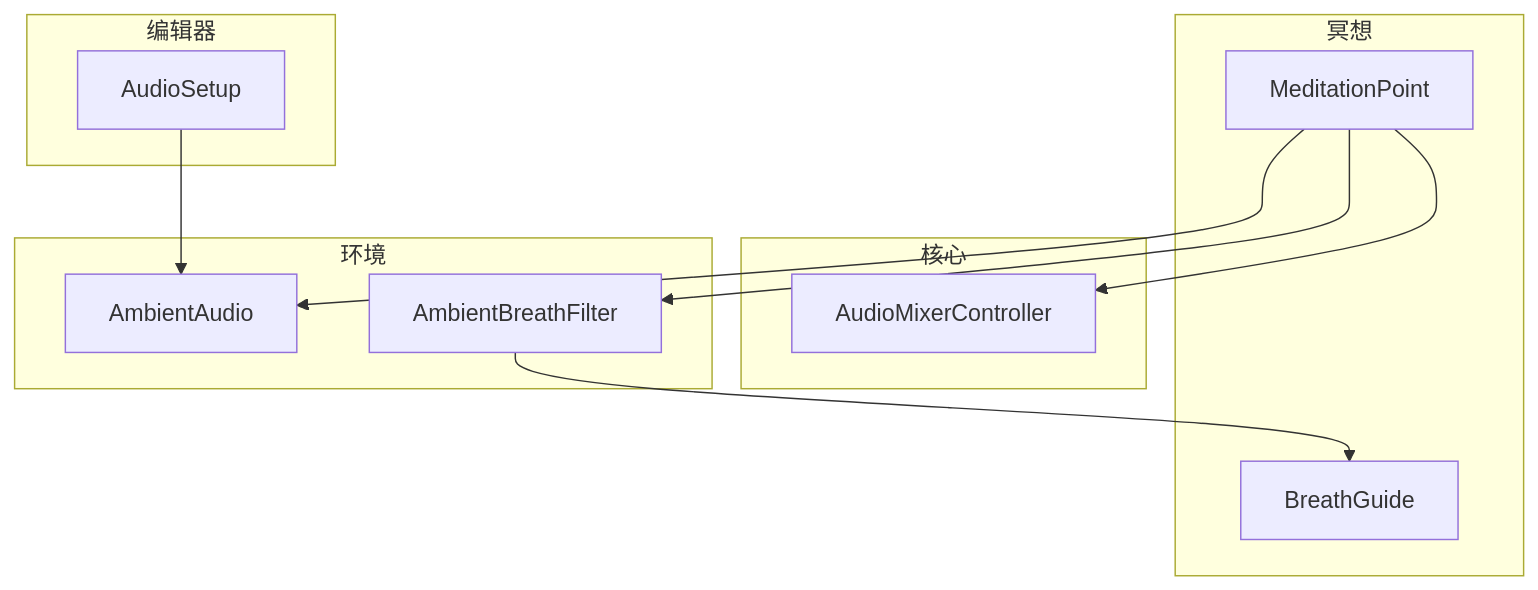
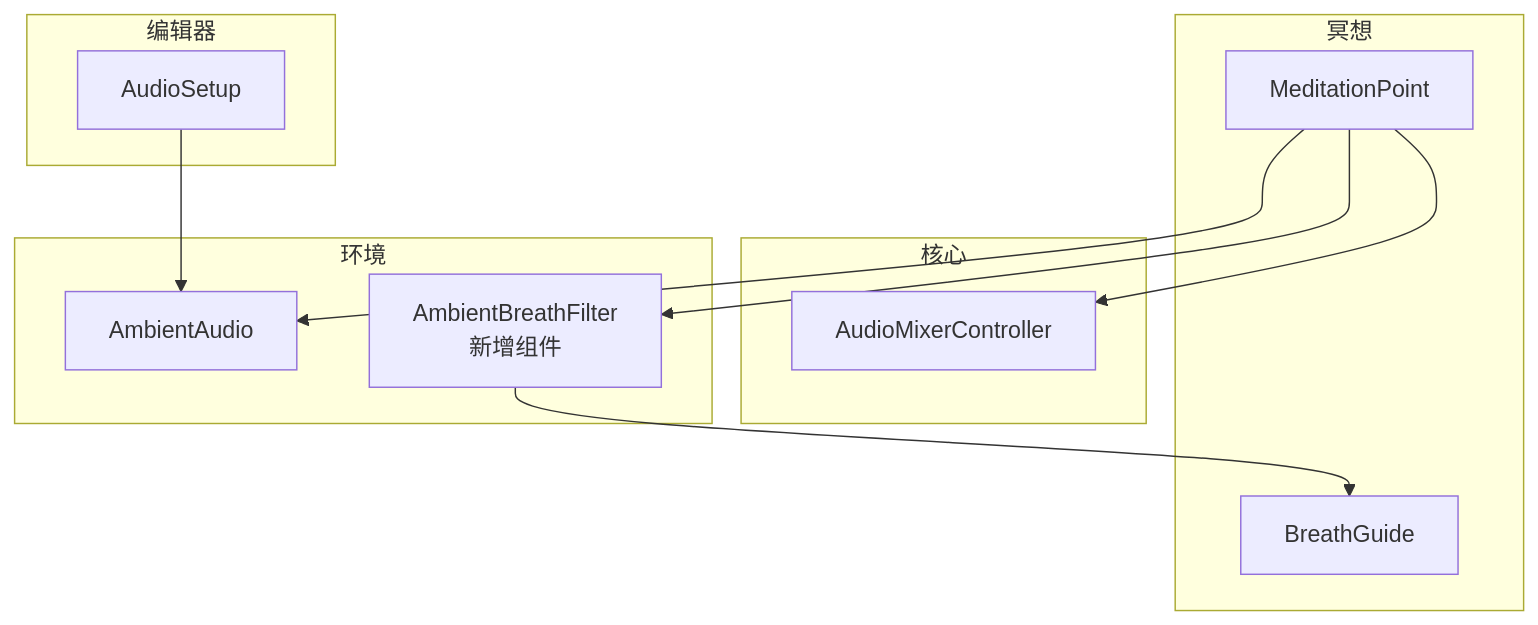
One commit to cpufreestyle/InkRidge changed the first of 5 diagrams in .qoder/repowiki/zh/content/音频系统/环境音效管理.md. Above: the diagram before and after it, drawn with Mermaid. The commit also changed other lines of this file and 17 other files, not shown here.

````diff
--- a/.qoder/repowiki/zh/content/音频系统/环境音效管理.md
+++ b/.qoder/repowiki/zh/content/音频系统/环境音效管理.md
@@ -41,22 +50,22 @@
 ```mermaid
 graph TB
 subgraph "环境"
 AA["AmbientAudio"]
-ABF["AmbientBreathFilter"]
+ABF["AmbientBreathFilter<br/>新增组件"]
 end
 subgraph "核心"
 AMC["AudioMixerController"]
 end
 subgraph "冥想"
 MP["MeditationPoint"]
 BG["BreathGuide"]
 end
 subgraph "编辑器"
 AS["AudioSetup"]
 end
 MP --> AA
 MP --> ABF
 MP --> AMC
 ABF --> BG
 AS --> AA
 ```
````
